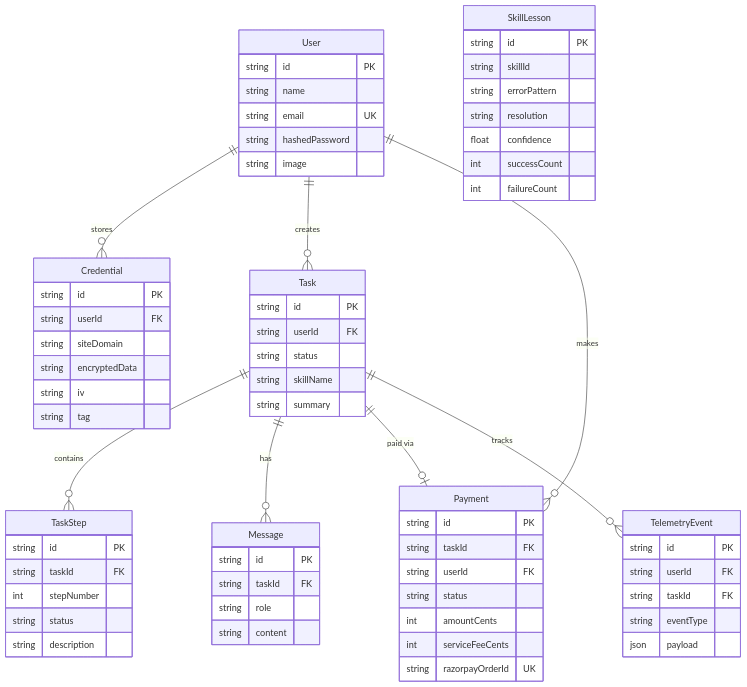
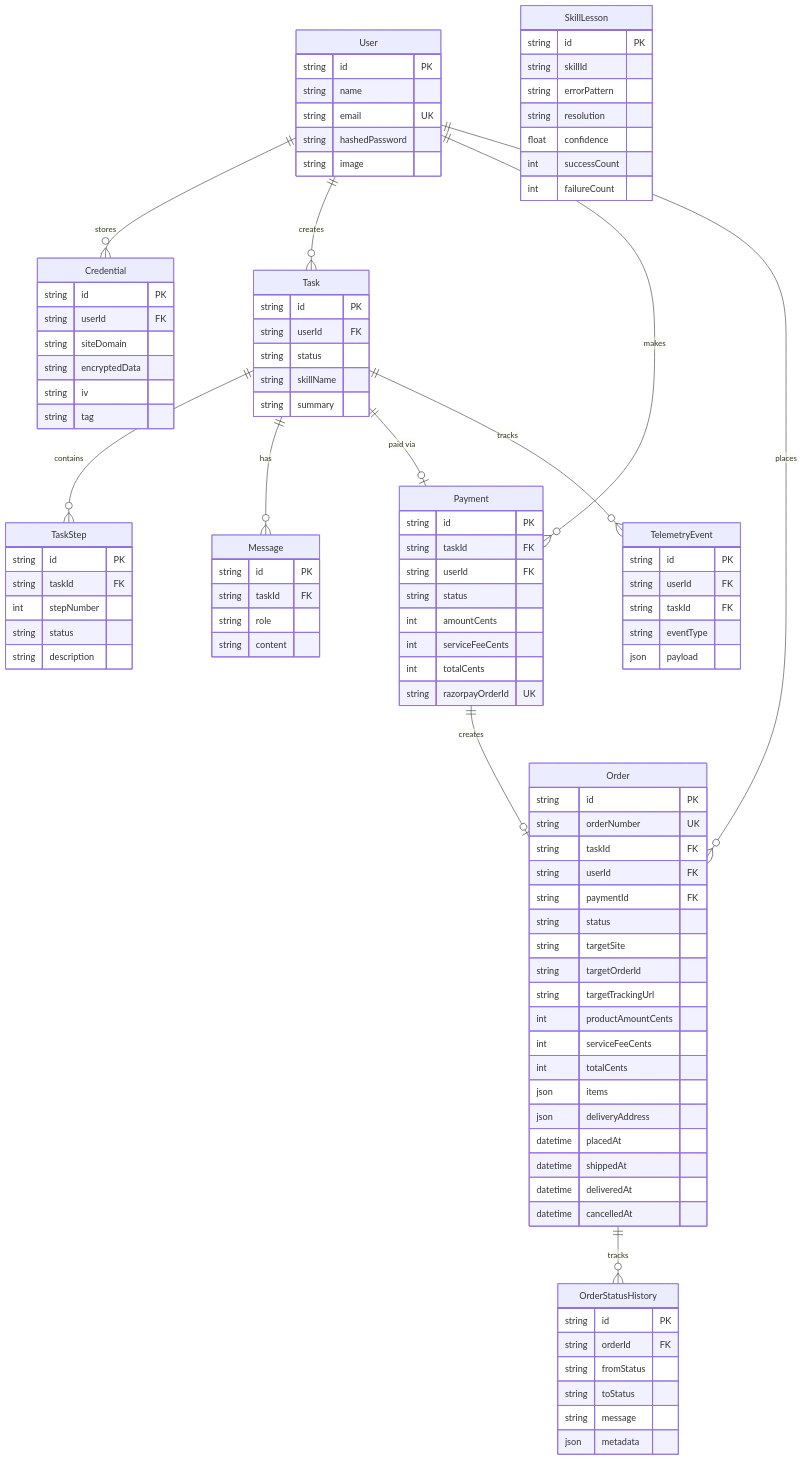
One commit to rohitsingh30/shofferAi changed the eighth of 8 diagrams in docs/ARCHITECTURE.md. Above: the diagram before and after it, drawn with Mermaid. The commit also changed other lines of this file and 3 other files, not shown here.

First line of the commit message:
docs: update Phase 1+2 status, add order components/SSE/tool docs

````diff
--- a/docs/ARCHITECTURE.md
+++ b/docs/ARCHITECTURE.md
@@ -541,7 +541,38 @@
         string status
         int amountCents
         int serviceFeeCents
+        int totalCents
         string razorpayOrderId UK
+    }
+    
+    Order {
+        string id PK
+        string orderNumber UK
+        string taskId FK
+        string userId FK
+        string paymentId FK
+        string status
+        string targetSite
+        string targetOrderId
+        string targetTrackingUrl
+        int productAmountCents
+        int serviceFeeCents
+        int totalCents
+        json items
+        json deliveryAddress
+        datetime placedAt
+        datetime shippedAt
+        datetime deliveredAt
+        datetime cancelledAt
+    }
+    
+    OrderStatusHistory {
+        string id PK
+        string orderId FK
+        string fromStatus
+        string toStatus
+        string message
+        json metadata
     }
     
     SkillLesson {
@@ -565,8 +596,11 @@
     User ||--o{ Credential : stores
     User ||--o{ Task : creates
     User ||--o{ Payment : makes
+    User ||--o{ Order : places
     Task ||--o{ TaskStep : contains
     Task ||--o{ Message : has
     Task ||--o| Payment : "paid via"
     Task ||--o{ TelemetryEvent : tracks
+    Payment ||--o| Order : "creates"
+    Order ||--o{ OrderStatusHistory : "tracks"
 ```
````
